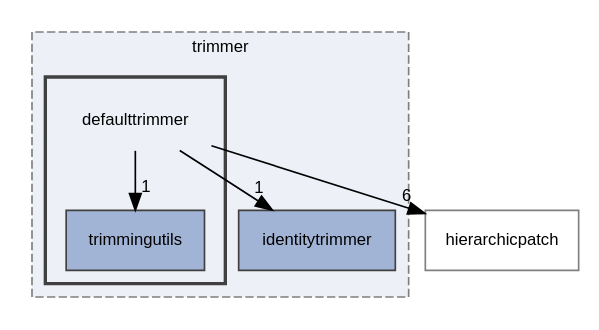
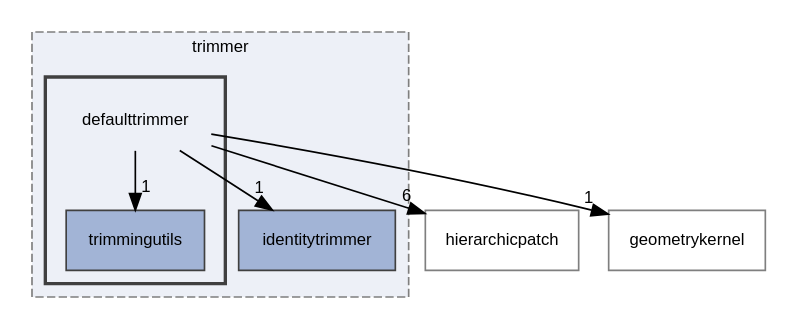
The diagram in dir_265321845ed2650d675b22a94b62262d_dep.dot (rath3t/dune-iga-doc), drawn with Graphviz before and after one commit. The commit also changed 30 other files, not shown here.

```diff
--- a/dir_265321845ed2650d675b22a94b62262d_dep.dot
+++ b/dir_265321845ed2650d675b22a94b62262d_dep.dot
@@ -1,20 +1,22 @@
 digraph "defaulttrimmer"
 {
  // LATEX_PDF_SIZE
   edge [fontname="Helvetica",fontsize="10",labelfontname="Helvetica",labelfontsize="10"];
   node [fontname="Helvetica",fontsize="10",shape=record];
   compound=true
   subgraph clusterdir_7d0c370ab440c4b4f78419bfc8c93eb8 {
     graph [ bgcolor="#edf0f7", pencolor="grey50", style="filled,dashed,", label="trimmer", fontname="Helvetica", fontsize="10", URL="dir_7d0c370ab440c4b4f78419bfc8c93eb8.html"]
   dir_aa3557bd66a6784b3b9e663253e8d0ba [shape=box, label="identitytrimmer", style="filled,", fillcolor="#a2b4d6", color="grey25", URL="dir_aa3557bd66a6784b3b9e663253e8d0ba.html"];
   subgraph clusterdir_265321845ed2650d675b22a94b62262d {
     graph [ bgcolor="#edf0f7", pencolor="grey25", style="filled,bold,", label="", fontname="Helvetica", fontsize="10", URL="dir_265321845ed2650d675b22a94b62262d.html"]
     dir_265321845ed2650d675b22a94b62262d [shape=plaintext, label="defaulttrimmer"];
   dir_75403dd546d989c4e56d84af3932dae7 [shape=box, label="trimmingutils", style="filled,", fillcolor="#a2b4d6", color="grey25", URL="dir_75403dd546d989c4e56d84af3932dae7.html"];
   }
   }
   dir_12fc9e68aad46ae2d80ba50ef1c96d76 [shape=box, label="hierarchicpatch", style="", fillcolor="#edf0f7", color="grey50", URL="dir_12fc9e68aad46ae2d80ba50ef1c96d76.html"];
+  dir_98571e7345f7327fea7723ec1a12d870 [shape=box, label="geometrykernel", style="", fillcolor="#edf0f7", color="grey50", URL="dir_98571e7345f7327fea7723ec1a12d870.html"];
   dir_265321845ed2650d675b22a94b62262d->dir_12fc9e68aad46ae2d80ba50ef1c96d76 [headlabel="6", labeldistance=1.5 headhref="dir_000001_000007.html"];
   dir_265321845ed2650d675b22a94b62262d->dir_75403dd546d989c4e56d84af3932dae7 [headlabel="1", labeldistance=1.5 headhref="dir_000001_000021.html"];
+  dir_265321845ed2650d675b22a94b62262d->dir_98571e7345f7327fea7723ec1a12d870 [headlabel="1", labeldistance=1.5 headhref="dir_000001_000006.html"];
   dir_265321845ed2650d675b22a94b62262d->dir_aa3557bd66a6784b3b9e663253e8d0ba [headlabel="1", labeldistance=1.5 headhref="dir_000001_000009.html"];
 }
```
